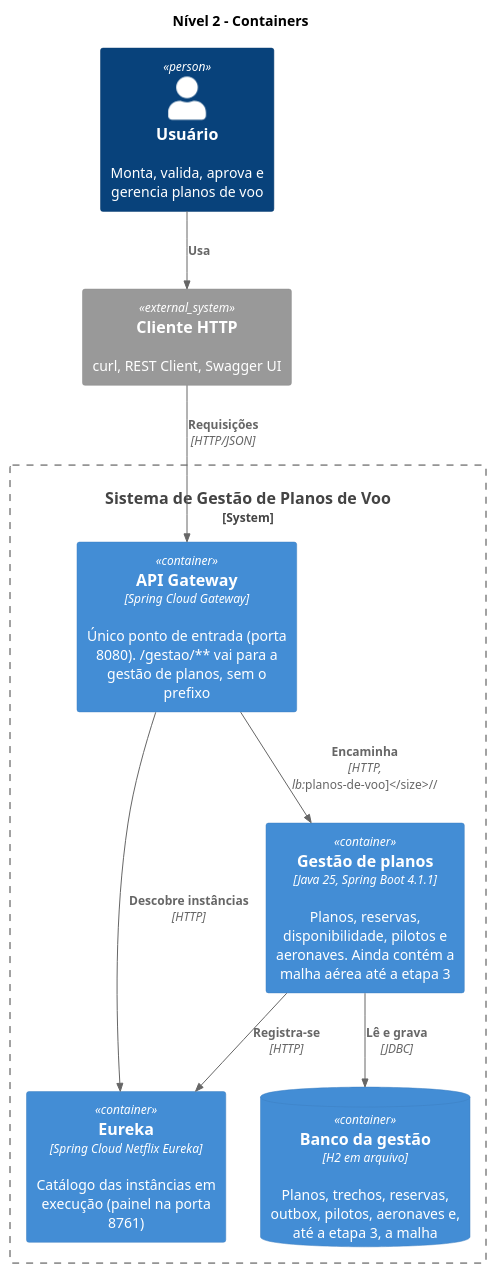
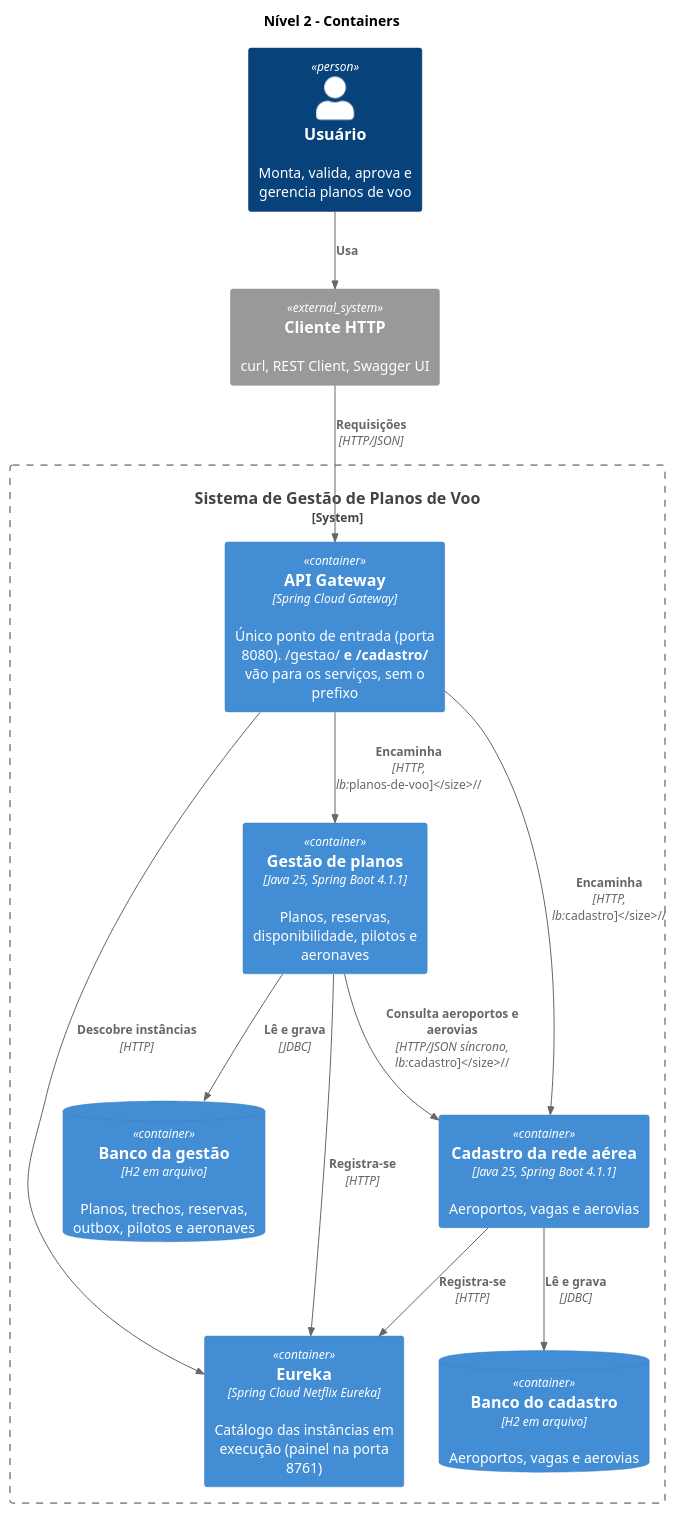
The diagram in docs/arquitetura/c4-containers.puml (antoniocosta0/trabalho-projaq), drawn with PlantUML before and after one commit. The commit also changed 8 other files, not shown here.

Commit message:
docs: record stage 3, the cadastro contract and updated diagrams

```diff
--- a/docs/arquitetura/c4-containers.puml
+++ b/docs/arquitetura/c4-containers.puml
@@ -1,23 +1,29 @@
 @startuml
 !include <C4/C4_Container>
 
 title Nível 2 - Containers
 
 Person(usuario, "Usuário", "Monta, valida, aprova e gerencia planos de voo")
 System_Ext(cliente, "Cliente HTTP", "curl, REST Client, Swagger UI")
 
 System_Boundary(sistema, "Sistema de Gestão de Planos de Voo") {
-  Container(gateway, "API Gateway", "Spring Cloud Gateway", "Único ponto de entrada (porta 8080). /gestao/** vai para a gestão de planos, sem o prefixo")
+  Container(gateway, "API Gateway", "Spring Cloud Gateway", "Único ponto de entrada (porta 8080). /gestao/** e /cadastro/** vão para os serviços, sem o prefixo")
   Container(eureka, "Eureka", "Spring Cloud Netflix Eureka", "Catálogo das instâncias em execução (painel na porta 8761)")
-  Container(api, "Gestão de planos", "Java 25, Spring Boot 4.1.1", "Planos, reservas, disponibilidade, pilotos e aeronaves. Ainda contém a malha aérea até a etapa 3")
-  ContainerDb(banco, "Banco da gestão", "H2 em arquivo", "Planos, trechos, reservas, outbox, pilotos, aeronaves e, até a etapa 3, a malha")
+  Container(api, "Gestão de planos", "Java 25, Spring Boot 4.1.1", "Planos, reservas, disponibilidade, pilotos e aeronaves")
+  Container(cadastro, "Cadastro da rede aérea", "Java 25, Spring Boot 4.1.1", "Aeroportos, vagas e aerovias")
+  ContainerDb(banco, "Banco da gestão", "H2 em arquivo", "Planos, trechos, reservas, outbox, pilotos e aeronaves")
+  ContainerDb(bancoCadastro, "Banco do cadastro", "H2 em arquivo", "Aeroportos, vagas e aerovias")
 }
 
 Rel(usuario, cliente, "Usa")
 Rel(cliente, gateway, "Requisições", "HTTP/JSON")
 Rel(gateway, api, "Encaminha", "HTTP, lb://planos-de-voo")
 Rel(gateway, eureka, "Descobre instâncias", "HTTP")
 Rel(api, eureka, "Registra-se", "HTTP")
 Rel(api, banco, "Lê e grava", "JDBC")
+Rel(gateway, cadastro, "Encaminha", "HTTP, lb://cadastro")
+Rel(api, cadastro, "Consulta aeroportos e aerovias", "HTTP/JSON síncrono, lb://cadastro")
+Rel(cadastro, eureka, "Registra-se", "HTTP")
+Rel(cadastro, bancoCadastro, "Lê e grava", "JDBC")
 
 @enduml
```
